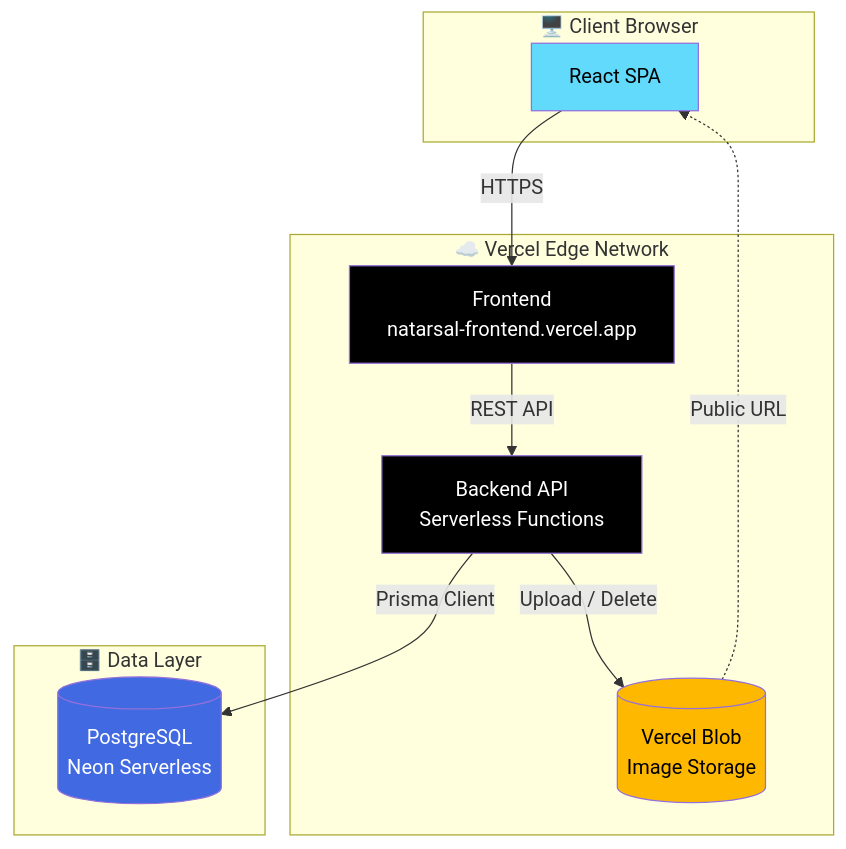
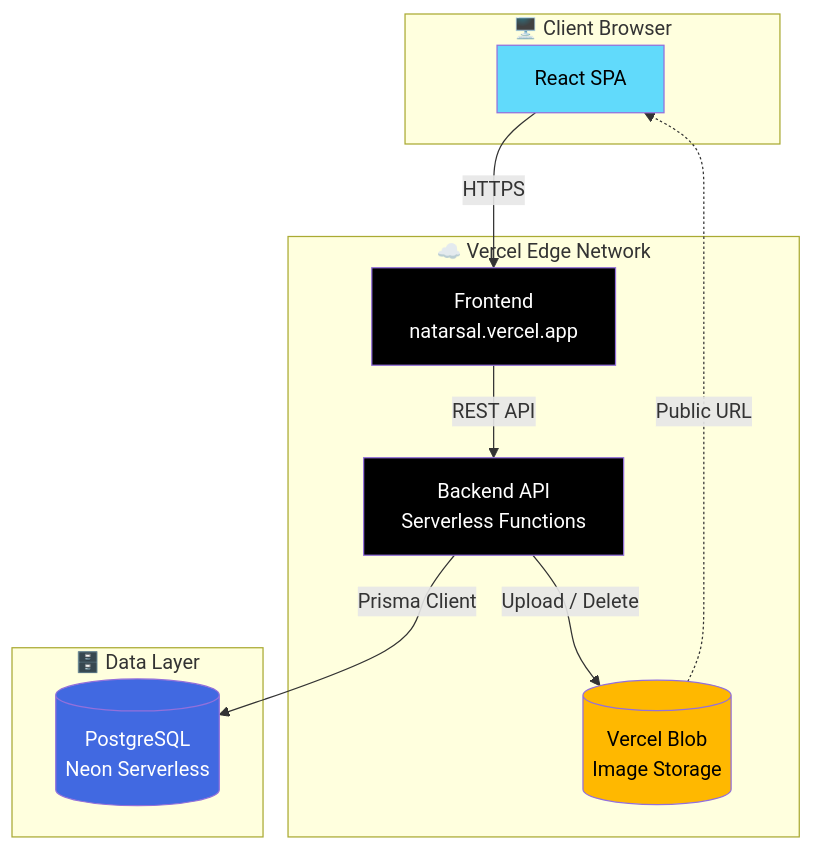
The diagram in README.md (RAJULFIRAS/natarsal), drawn with Mermaid before and after one commit. The commit also changed other lines of this file and 1 other file, not shown here.

````diff
--- a/README.md
+++ b/README.md
@@ -261,28 +261,28 @@
 ```mermaid
 graph TB
     subgraph Client["🖥️ Client Browser"]
         UI[React SPA]
     end
 
     subgraph Vercel["☁️ Vercel Edge Network"]
-        FE[Frontend<br/>natarsal-frontend.vercel.app]
+        FE[Frontend<br/>natarsal.vercel.app]
         BE[Backend API<br/>Serverless Functions]
         BLOB[(Vercel Blob<br/>Image Storage)]
     end
 
     subgraph Data["🗄️ Data Layer"]
         DB[(PostgreSQL<br/>Neon Serverless)]
     end
 
     UI -->|HTTPS| FE
     FE -->|REST API| BE
     BE -->|Prisma Client| DB
     BE -->|Upload / Delete| BLOB
     BLOB -.->|Public URL| UI
 
     style UI fill:#61DAFB,color:#000
     style FE fill:#000,color:#fff
     style BE fill:#000,color:#fff
     style BLOB fill:#FFB800,color:#000
     style DB fill:#4169E1,color:#fff
 ```
````
